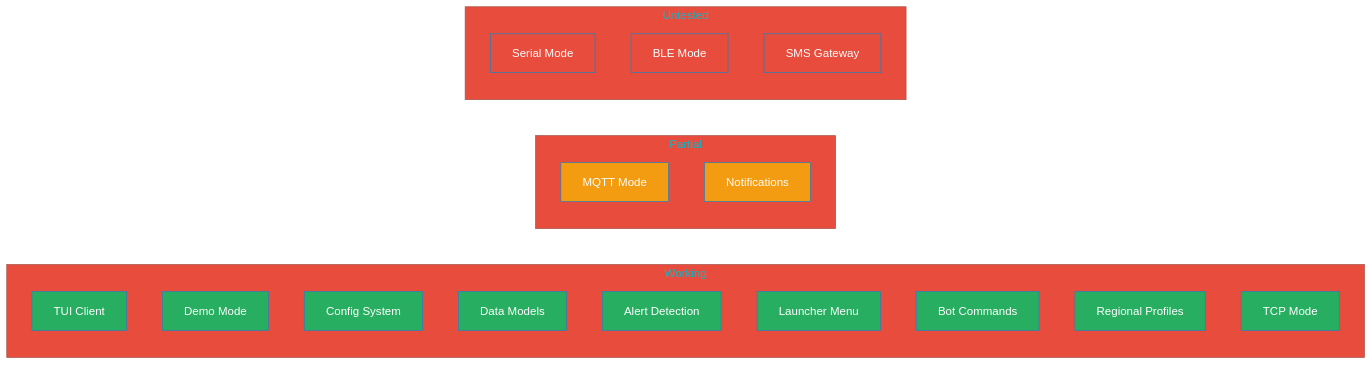
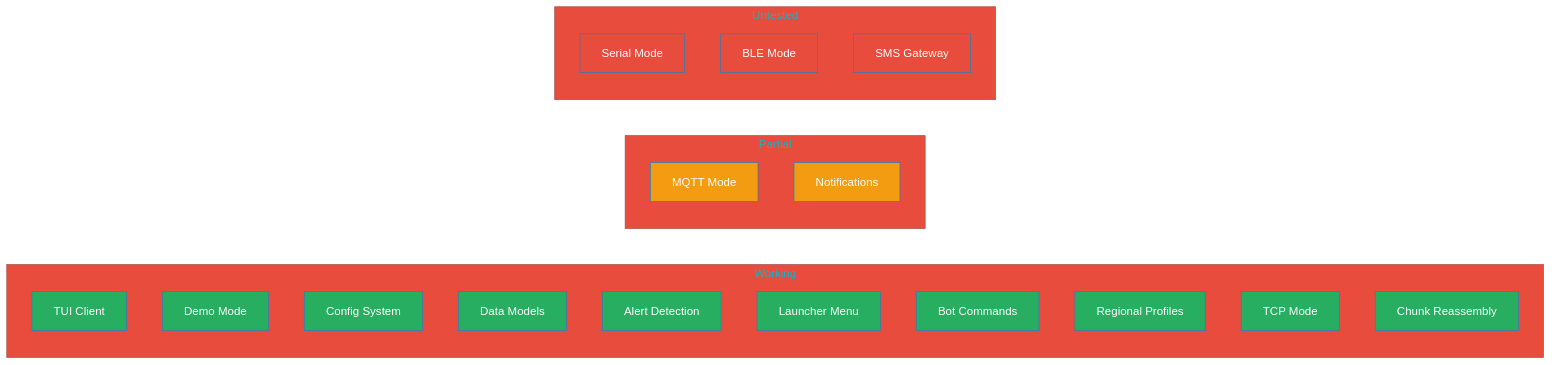
The first of 5 diagrams in README.md (Nursedude/meshing_around_meshforge), drawn with Mermaid before and after one commit. The commit also changed other lines of this file, not shown here.

First line of the commit message:
docs: update README for 790 tests, 10 screens, chunk reassembly, dual config editors

````diff
--- a/README.md
+++ b/README.md
@@ -50,41 +50,43 @@
 ```mermaid
 %%{init: {'theme': 'base', 'themeVariables': { 'primaryColor': '#4a9eff', 'primaryTextColor': '#fff', 'primaryBorderColor': '#2980b9', 'lineColor': '#666', 'secondaryColor': '#27ae60', 'tertiaryColor': '#e74c3c'}}}%%
 graph LR
     subgraph "Working"
         TUI[TUI Client]
         DEMO[Demo Mode]
         CFG[Config System]
         MODELS[Data Models]
         ALERTS[Alert Detection]
         LAUNCH[Launcher Menu]
         CMDS[Bot Commands]
         PROF[Regional Profiles]
         TCP[TCP Mode]
+        CHUNK[Chunk Reassembly]
     end
 
     subgraph "Partial"
         MQTT[MQTT Mode]
         NOTIFY[Notifications]
     end
 
     subgraph "Untested"
         SERIAL[Serial Mode]
         BLE[BLE Mode]
         SMS[SMS Gateway]
     end
 
     style TUI fill:#27ae60,color:#fff
     style DEMO fill:#27ae60,color:#fff
     style CFG fill:#27ae60,color:#fff
     style MODELS fill:#27ae60,color:#fff
     style ALERTS fill:#27ae60,color:#fff
     style LAUNCH fill:#27ae60,color:#fff
     style MQTT fill:#f39c12,color:#fff
     style NOTIFY fill:#f39c12,color:#fff
     style CMDS fill:#27ae60,color:#fff
     style PROF fill:#27ae60,color:#fff
     style SERIAL fill:#e74c3c,color:#fff
     style TCP fill:#27ae60,color:#fff
+    style CHUNK fill:#27ae60,color:#fff
     style BLE fill:#e74c3c,color:#fff
     style SMS fill:#e74c3c,color:#fff
 ```
````
